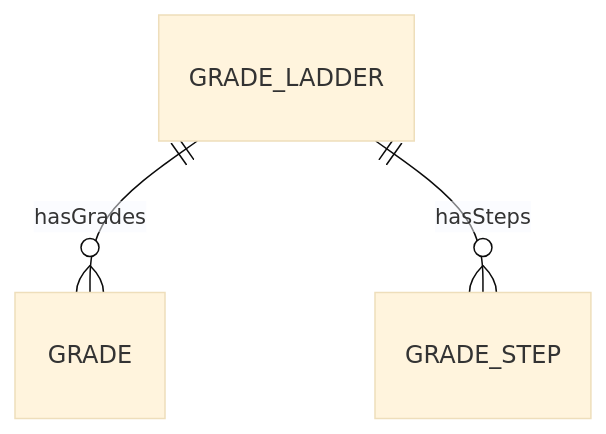
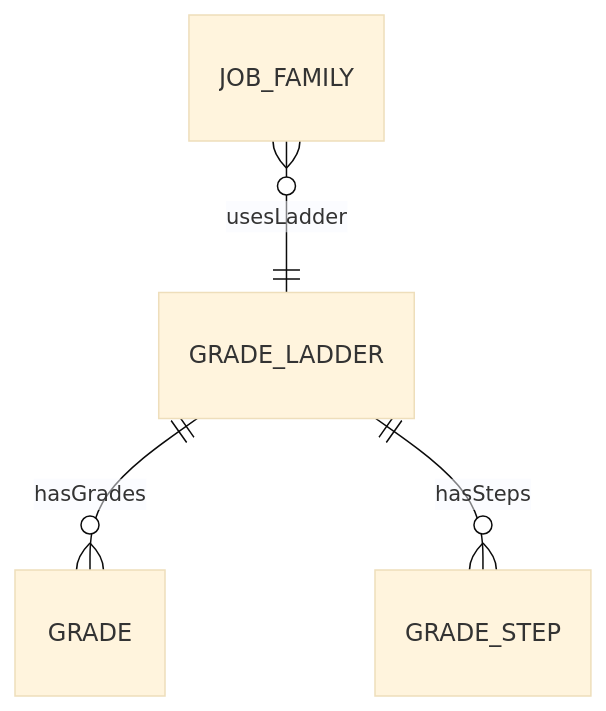
Before and after one commit to a4b-corporation/xTalent: the second of 4 diagrams in docs/01-modules/TR/00-ontology/domain/job-architecture/grade-ladder.onto.md, drawn with Mermaid (base theme). The commit also changed other lines of this file and 14 other files, not shown here.

````diff
--- a/docs/01-modules/TR/00-ontology/domain/job-architecture/grade-ladder.onto.md
+++ b/docs/01-modules/TR/00-ontology/domain/job-architecture/grade-ladder.onto.md
@@ -147,5 +179,6 @@
 ```mermaid
 erDiagram
     GRADE_LADDER ||--o{ GRADE : "hasGrades"
     GRADE_LADDER ||--o{ GRADE_STEP : "hasSteps"
+    JOB_FAMILY }o--|| GRADE_LADDER : "usesLadder"
 ```
````
